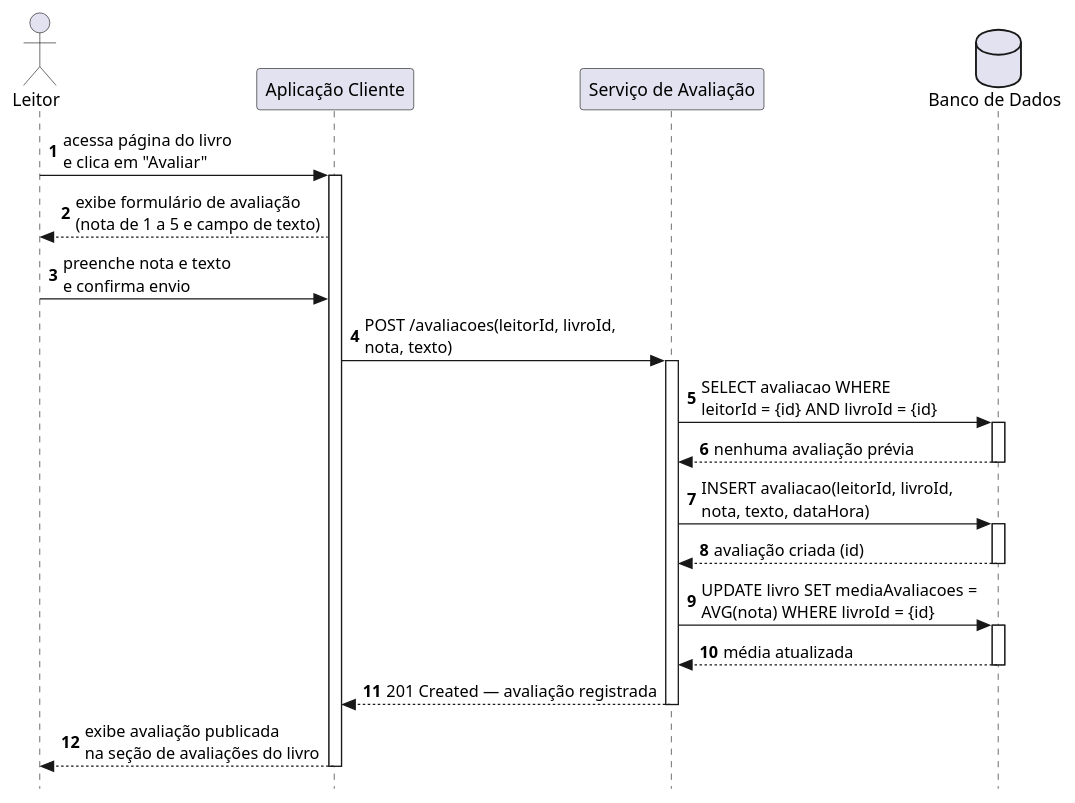
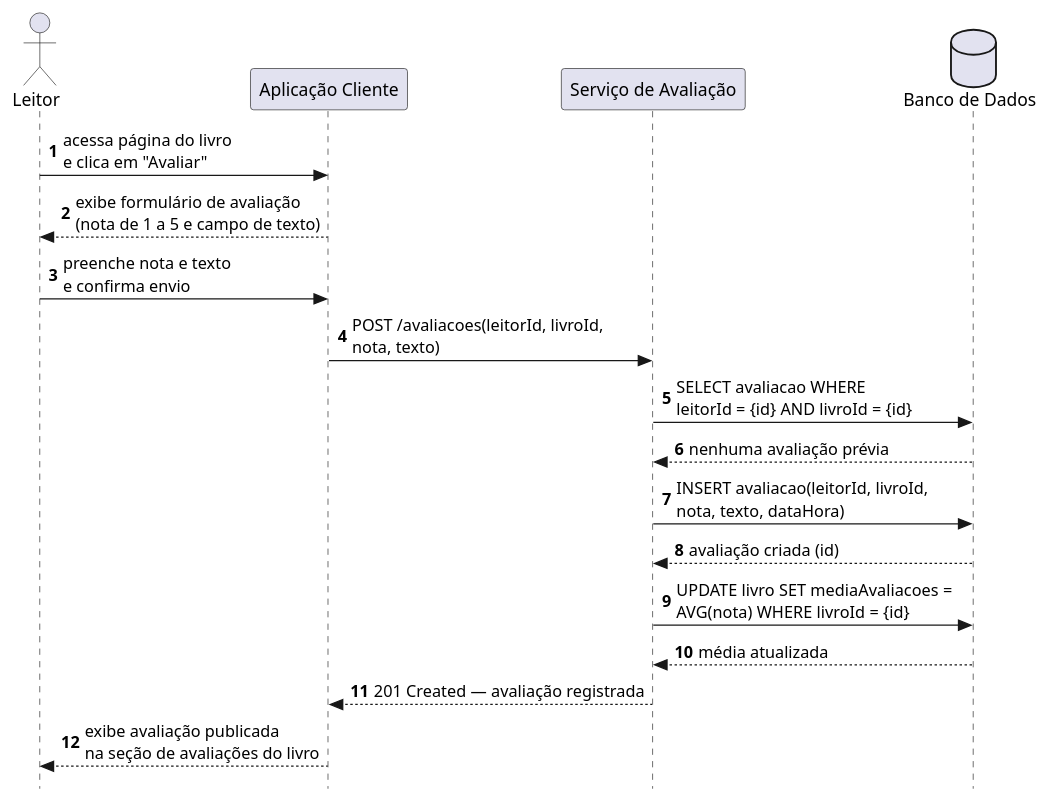
The diagram in docs/codigo-plantuml/diagramas-comunicacao/avaliacoes/dc-avaliar_livros.puml (jalv21/iLib), drawn with PlantUML before and after one commit.

Commit message:
docs/criando diagrama de comunicação para avaliar livros

```diff
--- a/docs/codigo-plantuml/diagramas-comunicacao/avaliacoes/dc-avaliar_livros.puml
+++ b/docs/codigo-plantuml/diagramas-comunicacao/avaliacoes/dc-avaliar_livros.puml
@@ -1,41 +1,31 @@
 @startuml ds-avaliar_livros
 autonumber
 skinparam style strictuml
 
 actor Leitor as "Leitor"
 participant Client           as "Aplicação Cliente"
 participant ServiceAvaliacao as "Serviço de Avaliação"
 database    BD               as "Banco de Dados"
 
 Leitor -> Client : acessa página do livro\ne clica em "Avaliar"
-activate Client
 
 Client --> Leitor : exibe formulário de avaliação\n(nota de 1 a 5 e campo de texto)
 
 Leitor -> Client : preenche nota e texto\ne confirma envio
 
 Client -> ServiceAvaliacao : POST /avaliacoes(leitorId, livroId,\nnota, texto)
-activate ServiceAvaliacao
 
 ServiceAvaliacao -> BD : SELECT avaliacao WHERE\nleitorId = {id} AND livroId = {id}
-activate BD
 BD --> ServiceAvaliacao : nenhuma avaliação prévia
-deactivate BD
 
 ServiceAvaliacao -> BD : INSERT avaliacao(leitorId, livroId,\nnota, texto, dataHora)
-activate BD
 BD --> ServiceAvaliacao : avaliação criada (id)
-deactivate BD
 
 ServiceAvaliacao -> BD : UPDATE livro SET mediaAvaliacoes =\nAVG(nota) WHERE livroId = {id}
-activate BD
 BD --> ServiceAvaliacao : média atualizada
-deactivate BD
 
 ServiceAvaliacao --> Client : 201 Created — avaliação registrada
-deactivate ServiceAvaliacao
 
 Client --> Leitor : exibe avaliação publicada\nna seção de avaliações do livro
-deactivate Client
 
 @enduml
```
